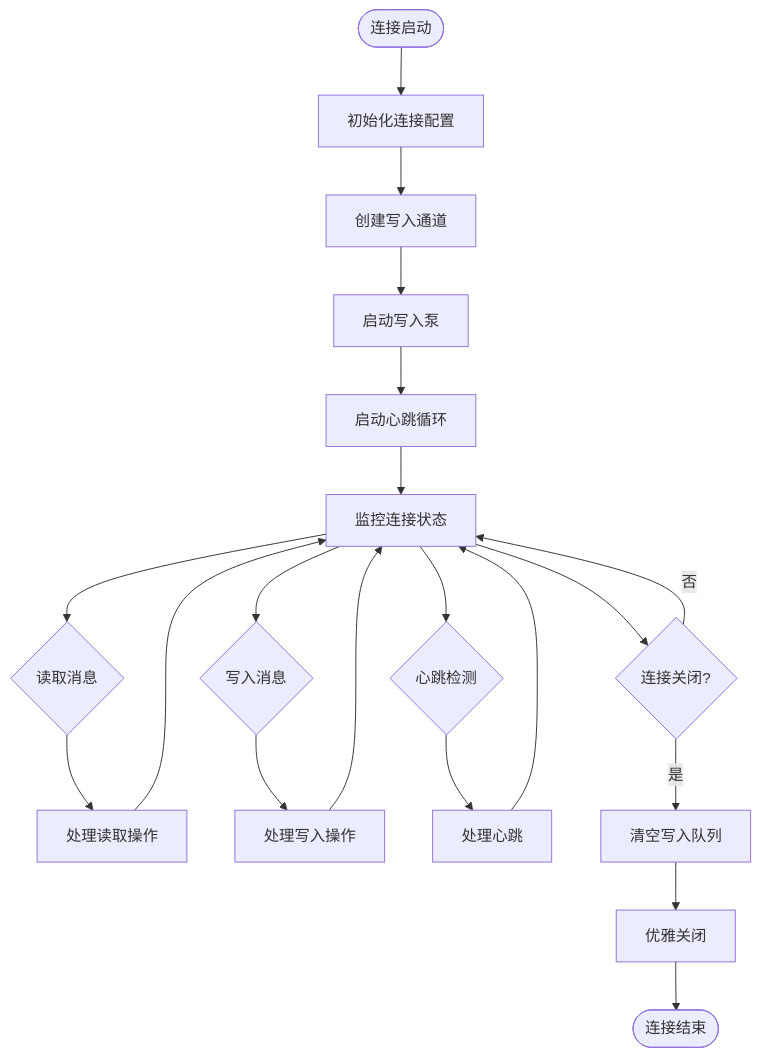
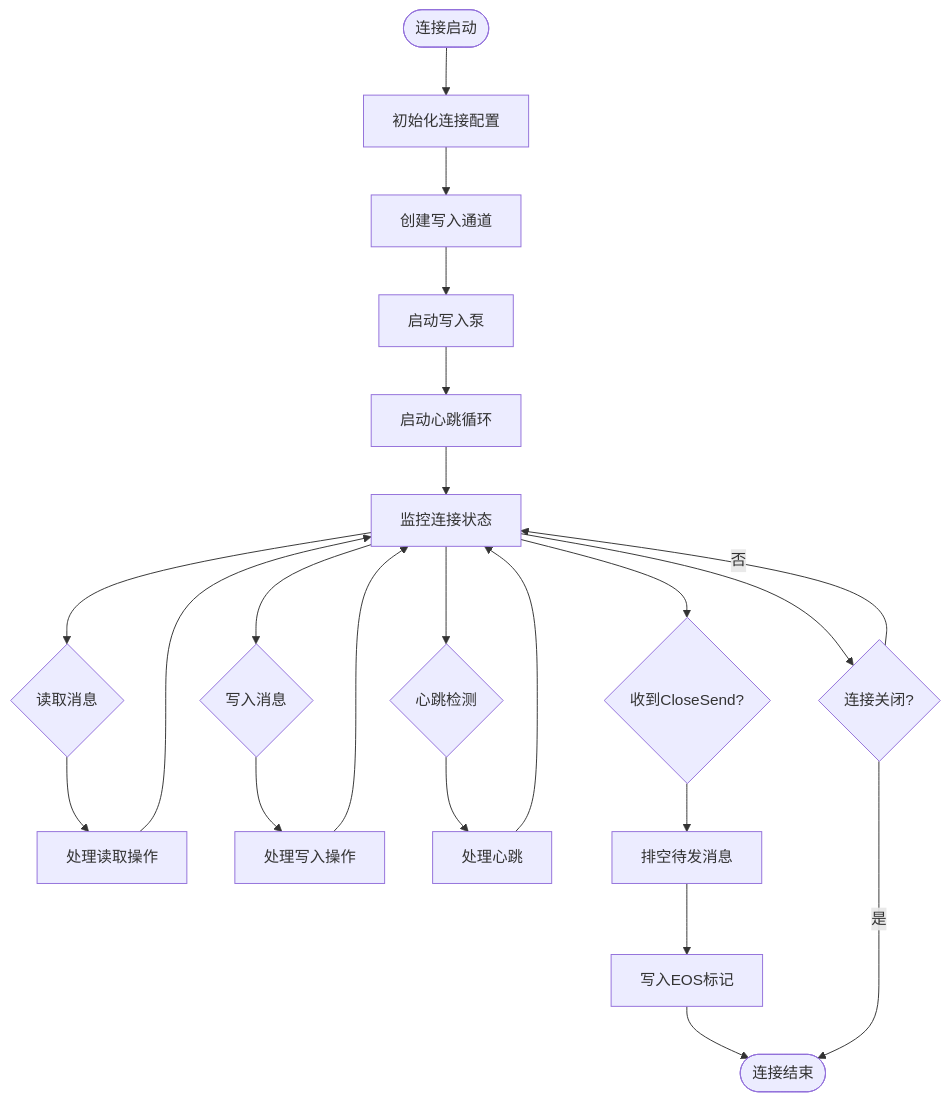
Before and after one commit to soyacen/goose: the tenth of 15 diagrams in .agents/repowiki/zh/content/示例和最佳实践/WebSocket流式系统.md, drawn with Mermaid. The commit also changed other lines of this file and 4 other files, not shown here.

````diff
--- a/.agents/repowiki/zh/content/示例和最佳实践/WebSocket流式系统.md
+++ b/.agents/repowiki/zh/content/示例和最佳实践/WebSocket流式系统.md
@@ -466,22 +393,24 @@
 ```mermaid
 flowchart TD
 Start([连接启动]) --> InitConfig["初始化连接配置"]
 InitConfig --> CreateChan["创建写入通道"]
 CreateChan --> StartWritePump["启动写入泵"]
 StartWritePump --> StartPingLoop["启动心跳循环"]
 StartPingLoop --> Monitor["监控连接状态"]
 Monitor --> ReadMsg{"读取消息"}
 Monitor --> WriteMsg{"写入消息"}
 Monitor --> Heartbeat{"心跳检测"}
+Monitor --> CloseSend{"收到CloseSend?"}
 ReadMsg --> ProcessRead["处理读取操作"]
 WriteMsg --> ProcessWrite["处理写入操作"]
 Heartbeat --> ProcessHeartbeat["处理心跳"]
+CloseSend --> DrainWrites["排空待发消息"]
+DrainWrites --> WriteEOS["写入EOS标记"]
 ProcessRead --> Monitor
 ProcessWrite --> Monitor
 ProcessHeartbeat --> Monitor
+WriteEOS --> End([连接结束])
 Monitor --> Close{"连接关闭?"}
 Close --> |否| Monitor
-Close --> |是| Drain["清空写入队列"]
-Drain --> GracefulClose["优雅关闭"]
-GracefulClose --> End([连接结束])
+Close --> |是| End
 ```
````
